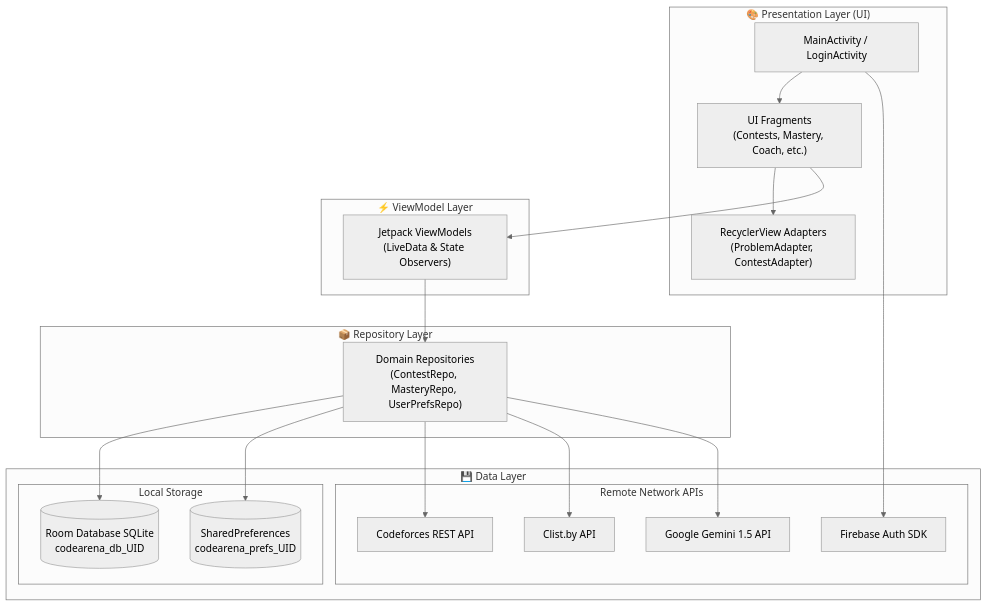
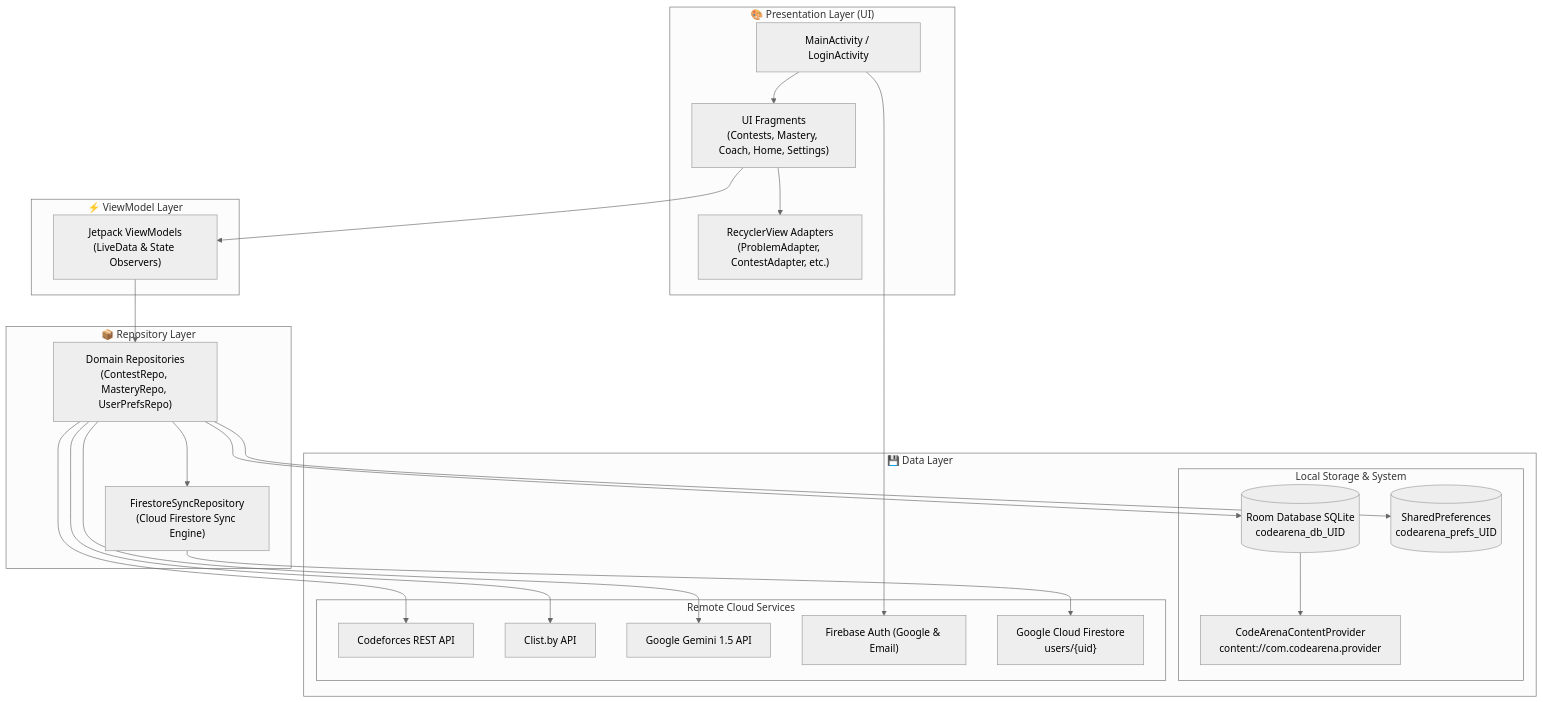
One commit to MONTASIR-JOY/CodeArena changed the diagram in README.md. Above: the diagram before and after it, drawn with Mermaid (neutral theme). The commit also changed other lines of this file, not shown here.

Commit message:
docs: update README with Cloud Firestore sync schema, 5-platform handles, and Lab 8-11 alignment

````diff
--- a/README.md
+++ b/README.md
@@ -109,40 +171,46 @@
 ```mermaid
 flowchart TD
     subgraph UI ["🎨 Presentation Layer (UI)"]
         Activity["MainActivity / LoginActivity"]
-        Fragments["UI Fragments<br>(Contests, Mastery, Coach, etc.)"]
-        Adapters["RecyclerView Adapters<br>(ProblemAdapter, ContestAdapter)"]
+        Fragments["UI Fragments<br>(Contests, Mastery, Coach, Home, Settings)"]
+        Adapters["RecyclerView Adapters<br>(ProblemAdapter, ContestAdapter, etc.)"]
     end
 
     subgraph VM ["⚡ ViewModel Layer"]
         ViewModels["Jetpack ViewModels<br>(LiveData & State Observers)"]
     end
 
     subgraph REPO ["📦 Repository Layer"]
         Repositories["Domain Repositories<br>(ContestRepo, MasteryRepo, UserPrefsRepo)"]
+        FirestoreSync["FirestoreSyncRepository<br>(Cloud Firestore Sync Engine)"]
     end
 
     subgraph DATA ["💾 Data Layer"]
-        subgraph LOCAL ["Local Storage"]
+        subgraph LOCAL ["Local Storage & System"]
             RoomDB[("Room Database SQLite<br>codearena_db_UID")]
             Prefs[("SharedPreferences<br>codearena_prefs_UID")]
+            ContentProv["CodeArenaContentProvider<br>content://com.codearena.provider"]
         end
-        subgraph REMOTE ["Remote Network APIs"]
+        subgraph REMOTE ["Remote Cloud Services"]
             CF_API["Codeforces REST API"]
             CLIST_API["Clist.by API"]
             GEMINI_API["Google Gemini 1.5 API"]
-            FIREBASE["Firebase Auth SDK"]
+            FIREBASE_AUTH["Firebase Auth (Google & Email)"]
+            FIRESTORE["Google Cloud Firestore<br>users/{uid}"]
         end
     end
 
     Activity --> Fragments
     Fragments --> Adapters
     Fragments --> ViewModels
     ViewModels --> Repositories
     Repositories --> RoomDB
     Repositories --> Prefs
+    Repositories --> FirestoreSync
+    FirestoreSync --> FIRESTORE
     Repositories --> CF_API
     Repositories --> CLIST_API
     Repositories --> GEMINI_API
-    Activity --> FIREBASE
+    Activity --> FIREBASE_AUTH
+    RoomDB --> ContentProv
 ```
````
